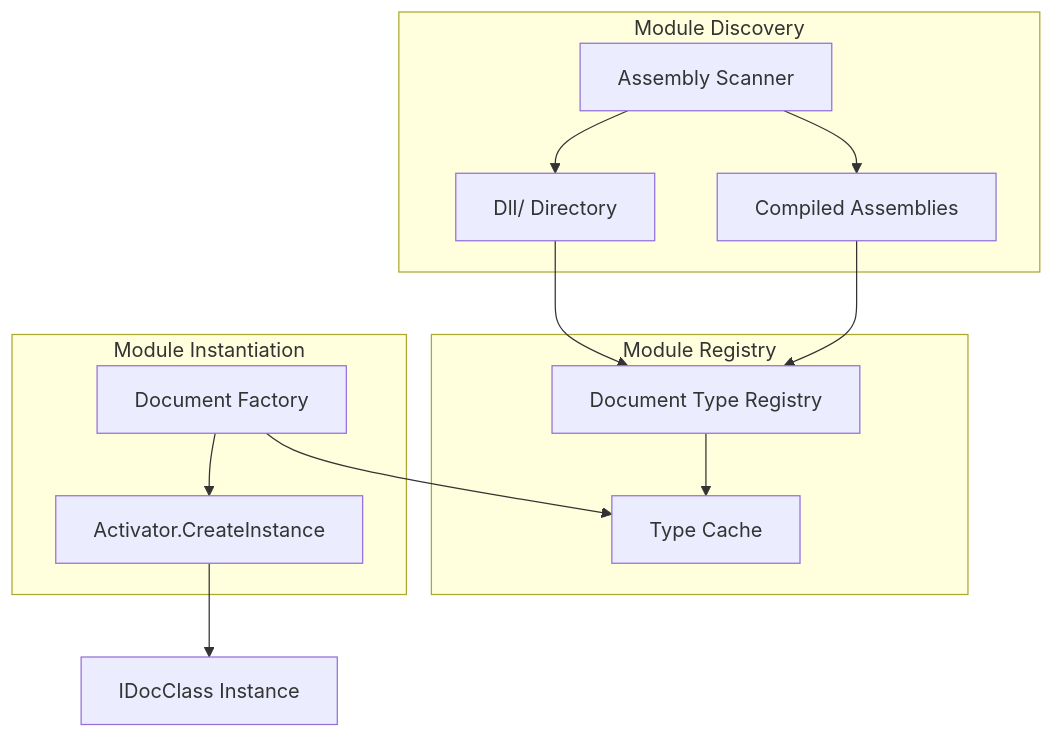
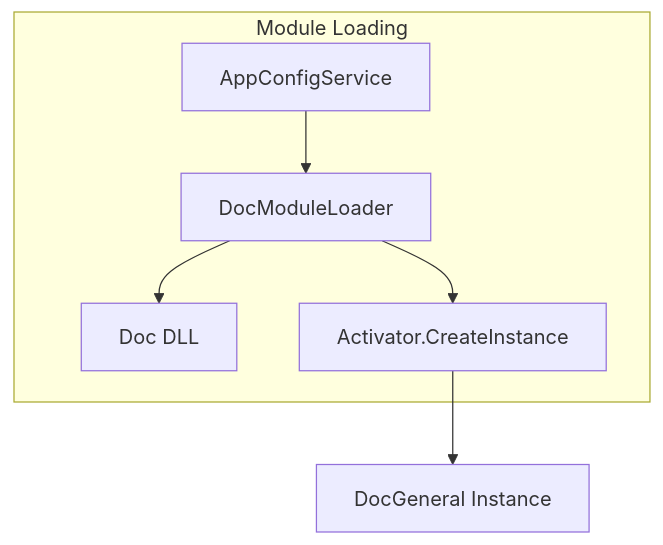
One commit to tn-ivk/tn-doc changed the eighth of 10 diagrams in docs/architecture/overview.md. Above: the diagram before and after it, drawn with Mermaid. The commit also changed other lines of this file and 9 other files, not shown here.

````diff
--- a/docs/architecture/overview.md
+++ b/docs/architecture/overview.md
@@ -314,28 +321,14 @@
 ```mermaid
 graph TB
-    subgraph "Module Discovery"
-        Scanner[Assembly Scanner]
-        Dll[Dll/ Directory]
-        Compiled[Compiled Assemblies]
-    end
-
-    subgraph "Module Registry"
-        Registry[Document Type Registry]
-        Cache[Type Cache]
-    end
-
-    subgraph "Module Instantiation"
-        Factory[Document Factory]
+    subgraph "Module Loading"
+        AppConfig[AppConfigService]
+        Loader[DocModuleLoader]
+        Dll[Doc DLL]
         Activator[Activator.CreateInstance]
     end
 
-    Scanner --> Dll
-    Scanner --> Compiled
-    Dll --> Registry
-    Compiled --> Registry
-    Registry --> Cache
-
-    Factory --> Cache
-    Factory --> Activator
-    Activator --> Instance[IDocClass Instance]
+    AppConfig --> Loader
+    Loader --> Dll
+    Loader --> Activator
+    Activator --> Instance[DocGeneral Instance]
 ```
````
